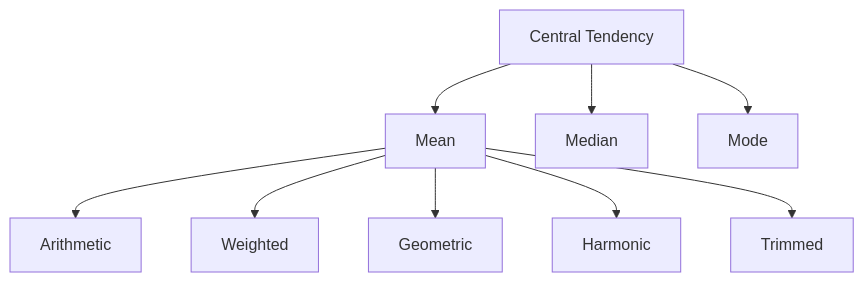
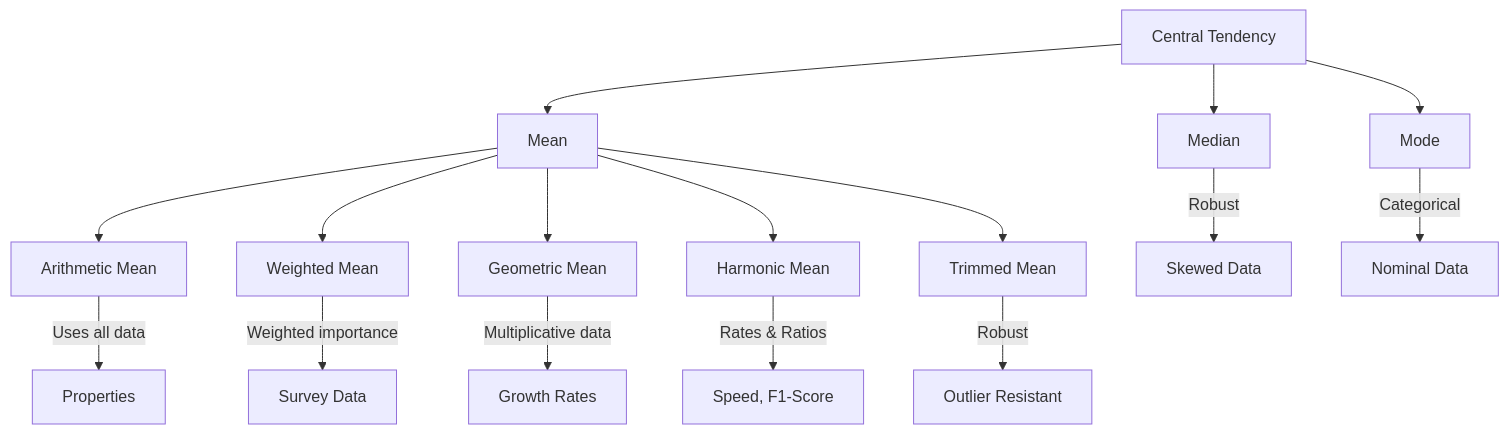
The second of 6 diagrams in 02-central-tendency.md (muhammadsalek/statistics-for-scientists), drawn with Mermaid before and after one commit. The commit also changed other lines of this file, not shown here.

````diff
--- a/02-central-tendency.md
+++ b/02-central-tendency.md
@@ -34,11 +102,21 @@
 ```mermaid
 flowchart TD
     A[Central Tendency] --> B[Mean]
     A --> C[Median]
     A --> D[Mode]
-    B --> B1[Arithmetic]
-    B --> B2[Weighted]
-    B --> B3[Geometric]
-    B --> B4[Harmonic]
-    B --> B5[Trimmed]
+    
+    B --> B1[Arithmetic Mean]
+    B --> B2[Weighted Mean]
+    B --> B3[Geometric Mean]
+    B --> B4[Harmonic Mean]
+    B --> B5[Trimmed Mean]
+    
+    B1 --> |Uses all data| P1[Properties]
+    B2 --> |Weighted importance| P2[Survey Data]
+    B3 --> |Multiplicative data| P3[Growth Rates]
+    B4 --> |Rates & Ratios| P4[Speed, F1-Score]
+    B5 --> |Robust| P5[Outlier Resistant]
+    
+    C --> |Robust| R1[Skewed Data]
+    D --> |Categorical| R2[Nominal Data]
 ```
````
